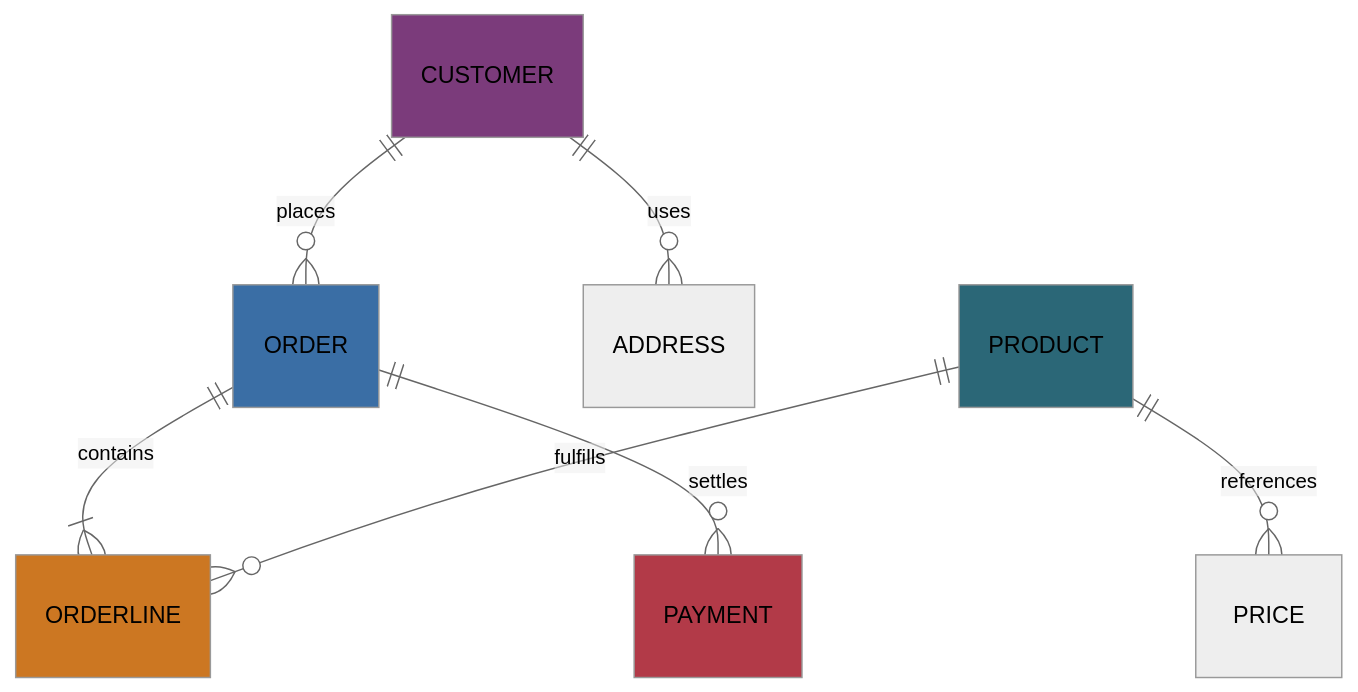
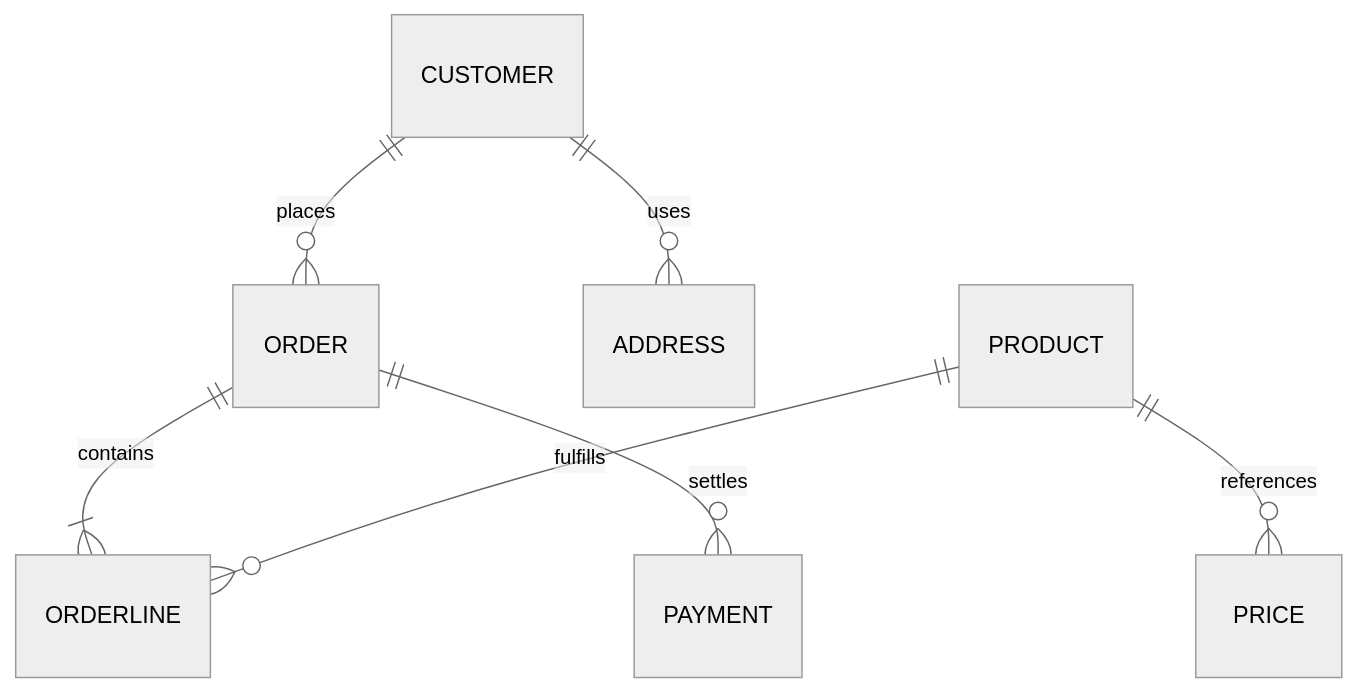
Before and after one commit to asynkron/CobolDemo-GITST: the sixth of 6 diagrams in docs/architecture/overview.md, drawn with Mermaid (neutral theme).

Commit message:
fix color bug

````diff
--- a/docs/architecture/overview.md
+++ b/docs/architecture/overview.md
@@ -153,15 +153,9 @@
 ```mermaid
 erDiagram
     CUSTOMER ||--o{ ORDER : places
     ORDER ||--|{ ORDERLINE : contains
     CUSTOMER ||--o{ ADDRESS : uses
     PRODUCT ||--o{ ORDERLINE : fulfills
     PRODUCT ||--o{ PRICE : references
     ORDER ||--o{ PAYMENT : settles
-    %% Color the anchor entities for rapid scanning.
-    style CUSTOMER fill:#7B3B7B
-    style ORDER fill:#3A6EA5
-    style ORDERLINE fill:#CC7722
-    style PRODUCT fill:#2B6777
-    style PAYMENT fill:#B23A48
 ```
````
